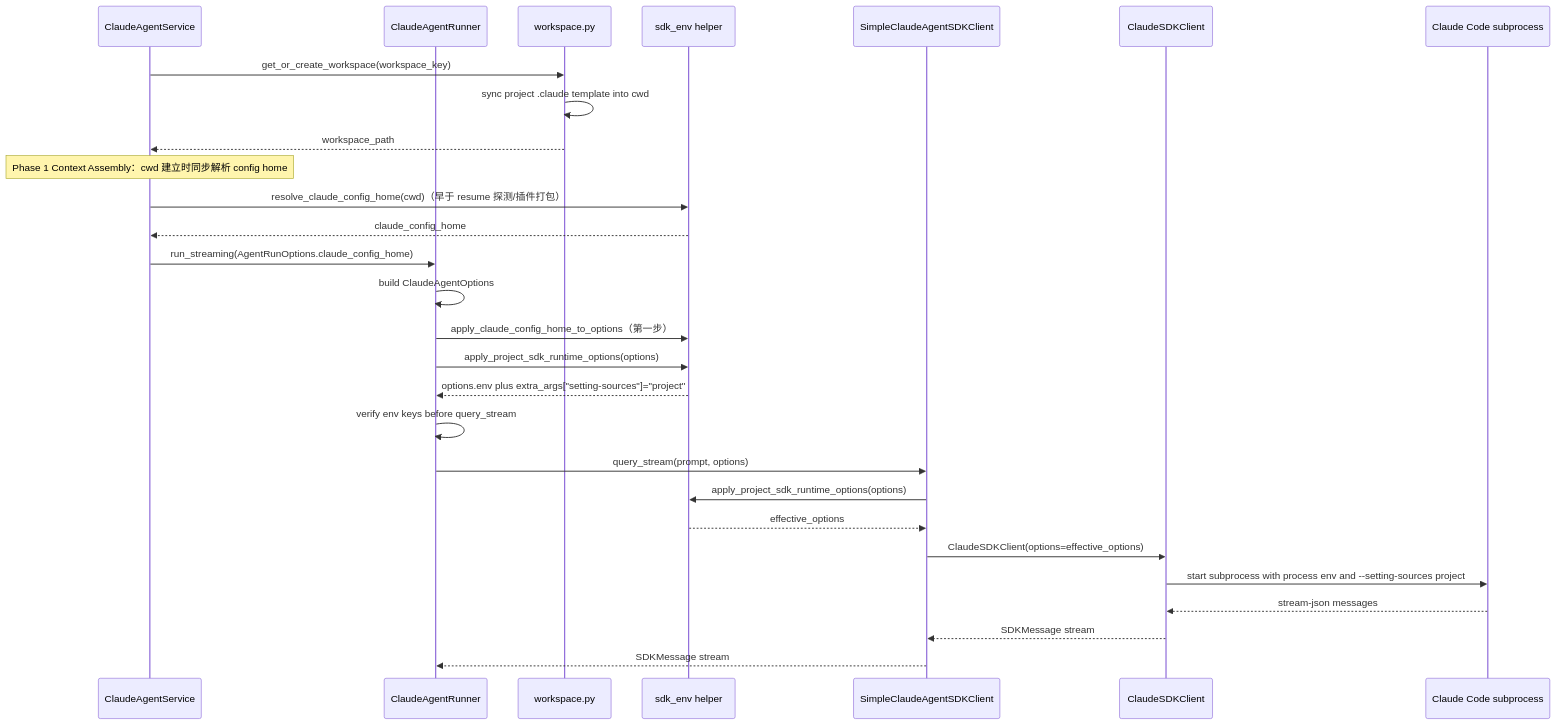
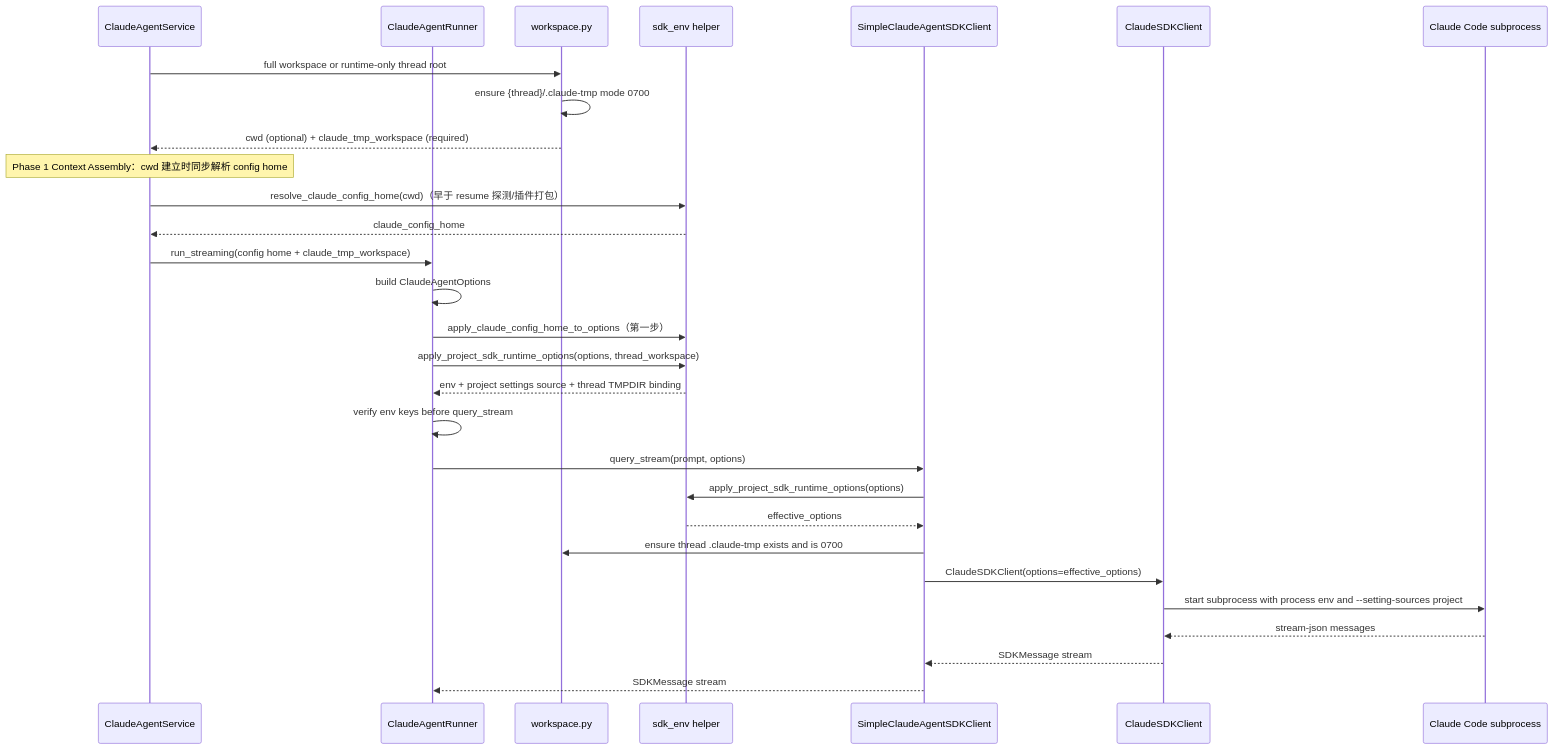
Before and after one commit to glide-the/im-dream: the diagram in docs/design/claude-agent/claude-sdk-env-design.md, drawn with Mermaid. The commit also changed other lines of this file and 22 other files, not shown here.

Commit message:
fix(agent): isolate Claude temp files per thread

````diff
--- a/docs/design/claude-agent/claude-sdk-env-design.md
+++ b/docs/design/claude-agent/claude-sdk-env-design.md
@@ -223,31 +250,32 @@
 ```mermaid
 sequenceDiagram
     participant Svc as ClaudeAgentService
     participant Runner as ClaudeAgentRunner
     participant Workspace as workspace.py
     participant Env as sdk_env helper
     participant Client as SimpleClaudeAgentSDKClient
     participant SDK as ClaudeSDKClient
     participant CLI as Claude Code subprocess
 
-    Svc->>Workspace: get_or_create_workspace(workspace_key)
-    Workspace->>Workspace: sync project .claude template into cwd
-    Workspace-->>Svc: workspace_path
+    Svc->>Workspace: full workspace or runtime-only thread root
+    Workspace->>Workspace: ensure {thread}/.claude-tmp mode 0700
+    Workspace-->>Svc: cwd (optional) + claude_tmp_workspace (required)
     Note over Svc: Phase 1 Context Assembly：cwd 建立时同步解析 config home
     Svc->>Env: resolve_claude_config_home(cwd)（早于 resume 探测/插件打包）
     Env-->>Svc: claude_config_home
-    Svc->>Runner: run_streaming(AgentRunOptions.claude_config_home)
+    Svc->>Runner: run_streaming(config home + claude_tmp_workspace)
     Runner->>Runner: build ClaudeAgentOptions
     Runner->>Env: apply_claude_config_home_to_options（第一步）
-    Runner->>Env: apply_project_sdk_runtime_options(options)
-    Env-->>Runner: options.env plus extra_args["setting-sources"]="project"
+    Runner->>Env: apply_project_sdk_runtime_options(options, thread_workspace)
+    Env-->>Runner: env + project settings source + thread TMPDIR binding
     Runner->>Runner: verify env keys before query_stream
     Runner->>Client: query_stream(prompt, options)
     Client->>Env: apply_project_sdk_runtime_options(options)
     Env-->>Client: effective_options
+    Client->>Workspace: ensure thread .claude-tmp exists and is 0700
     Client->>SDK: ClaudeSDKClient(options=effective_options)
     SDK->>CLI: start subprocess with process env and --setting-sources project
     CLI-->>SDK: stream-json messages
     SDK-->>Client: SDKMessage stream
     Client-->>Runner: SDKMessage stream
 ```
````
